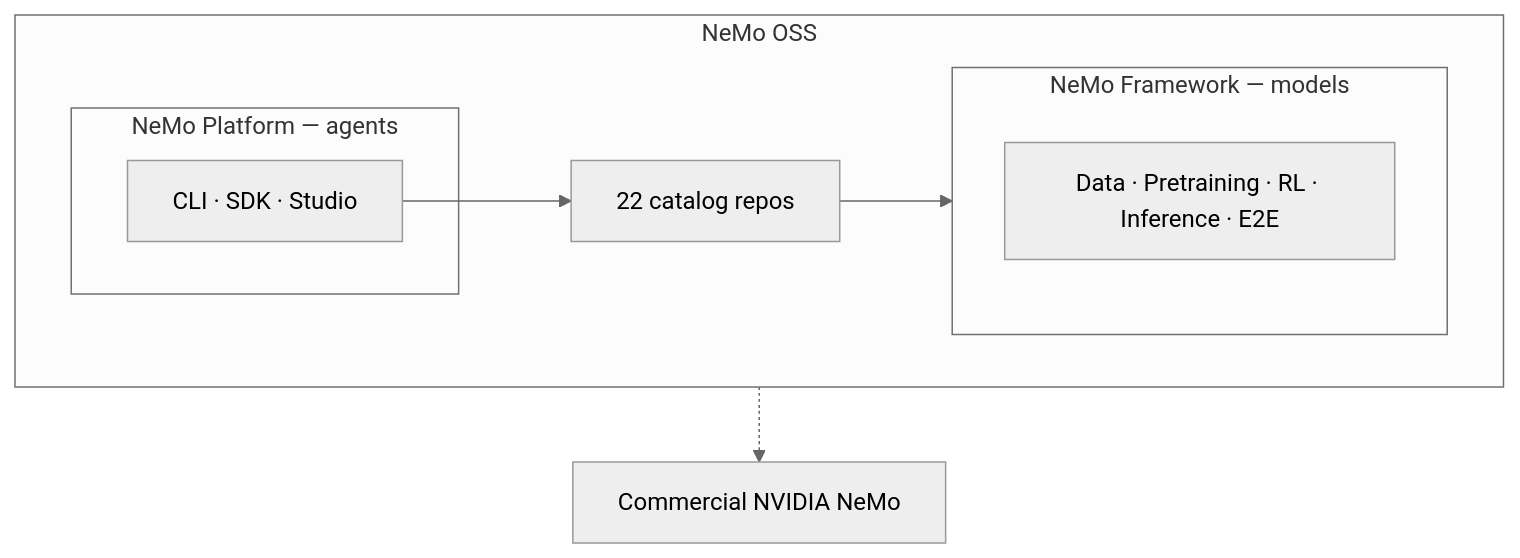
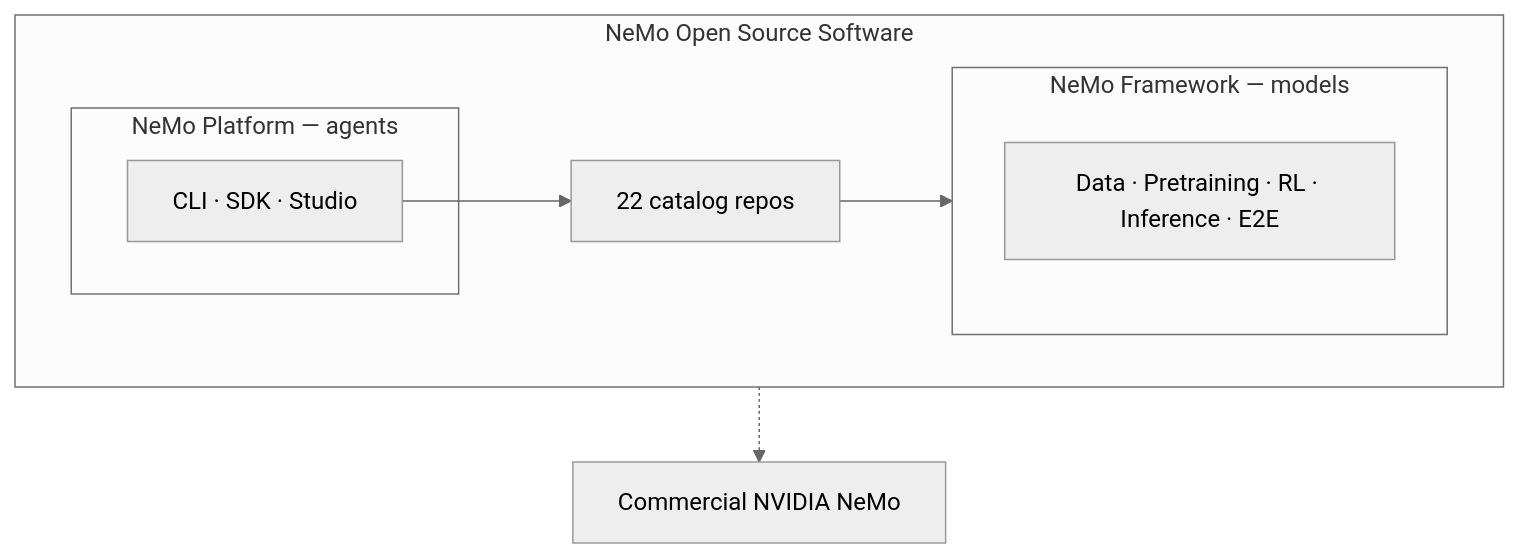
Before and after one commit to NVIDIA-NeMo/.github: the diagram in fern/docs/pages/about/ecosystem.mdx, drawn with Mermaid (neutral theme). The commit also changed other lines of this file and 20 other files, not shown here.

First line of the commit message:
Spell out NeMo OSS as NeMo Open Source Software; add Notes column to org README

````diff
--- a/fern/docs/pages/about/ecosystem.mdx
+++ b/fern/docs/pages/about/ecosystem.mdx
@@ -18,17 +18,17 @@
 ```mermaid
 flowchart TB
-    subgraph nemooss ["NeMo OSS"]
+    subgraph nemooss ["NeMo Open Source Software"]
         subgraph framework ["NeMo Framework — models"]
             STAGES["Data · Pretraining · RL · Inference · E2E"]
         end
         subgraph platform ["NeMo Platform — agents"]
             AGENT["CLI · SDK · Studio"]
         end
         REPOS["22 catalog repos"]
     end
     COMM["Commercial NVIDIA NeMo"]
 
     REPOS --> framework
     AGENT --> REPOS
     nemooss -.-> COMM
 ```
````
